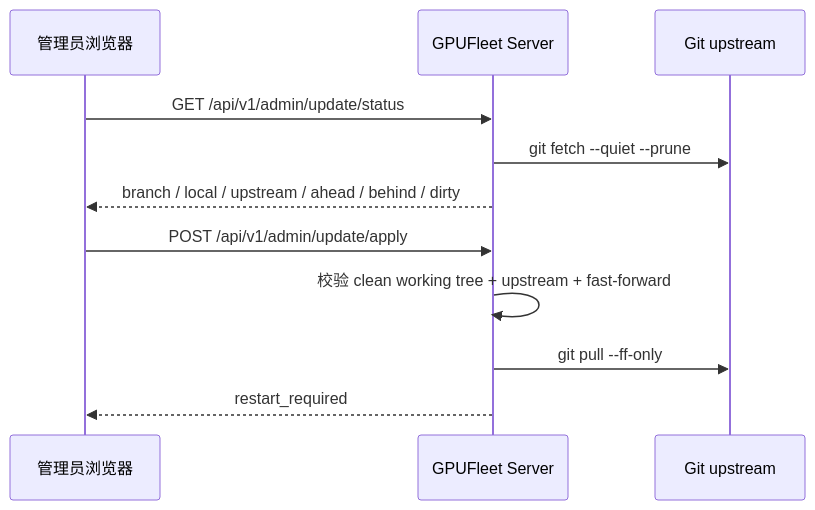
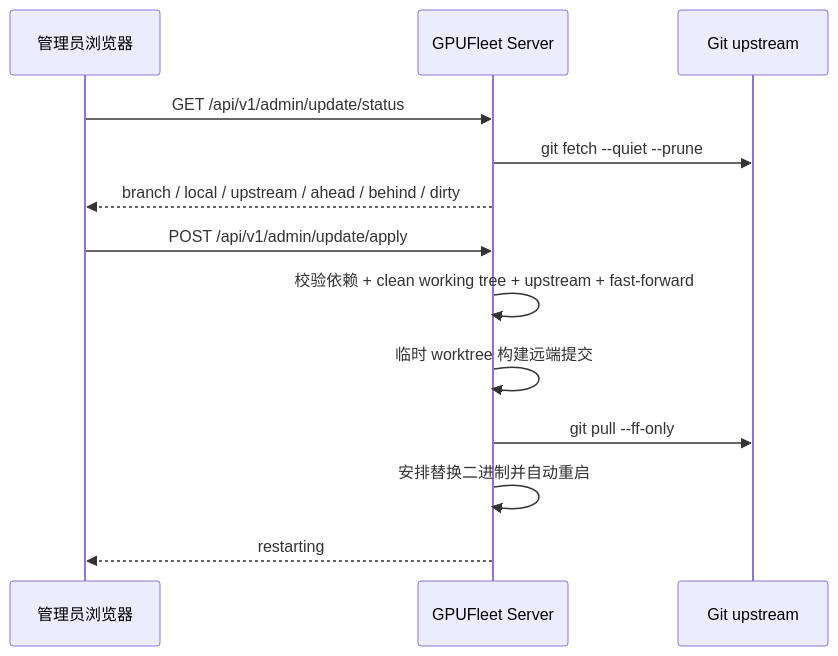
Before and after one commit to stlin256/GPU-Fleet: the eighth of 8 diagrams in README.md, drawn with Mermaid. The commit also changed other lines of this file and 18 other files, not shown here.

Commit message:
Automate server self-update restart

````diff
--- a/README.md
+++ b/README.md
@@ -359,14 +359,16 @@
 ```mermaid
 sequenceDiagram
   participant Admin as 管理员浏览器
   participant Server as GPUFleet Server
   participant Git as Git upstream
 
   Admin->>Server: GET /api/v1/admin/update/status
   Server->>Git: git fetch --quiet --prune
   Server-->>Admin: branch / local / upstream / ahead / behind / dirty
   Admin->>Server: POST /api/v1/admin/update/apply
-  Server->>Server: 校验 clean working tree + upstream + fast-forward
+  Server->>Server: 校验依赖 + clean working tree + upstream + fast-forward
+  Server->>Server: 临时 worktree 构建远端提交
   Server->>Git: git pull --ff-only
-  Server-->>Admin: restart_required
+  Server->>Server: 安排替换二进制并自动重启
+  Server-->>Admin: restarting
 ```
````
